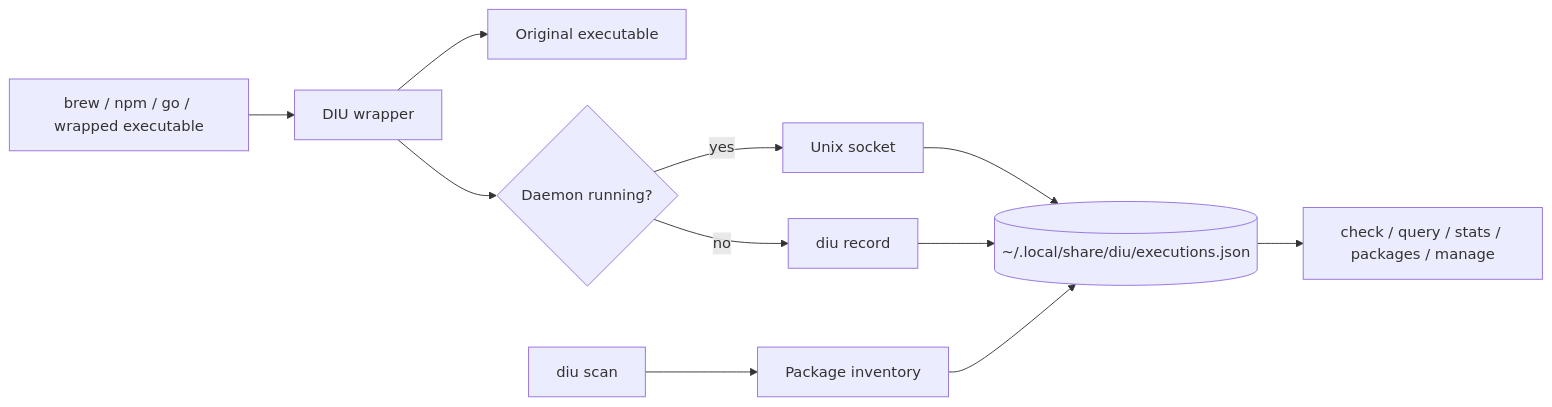
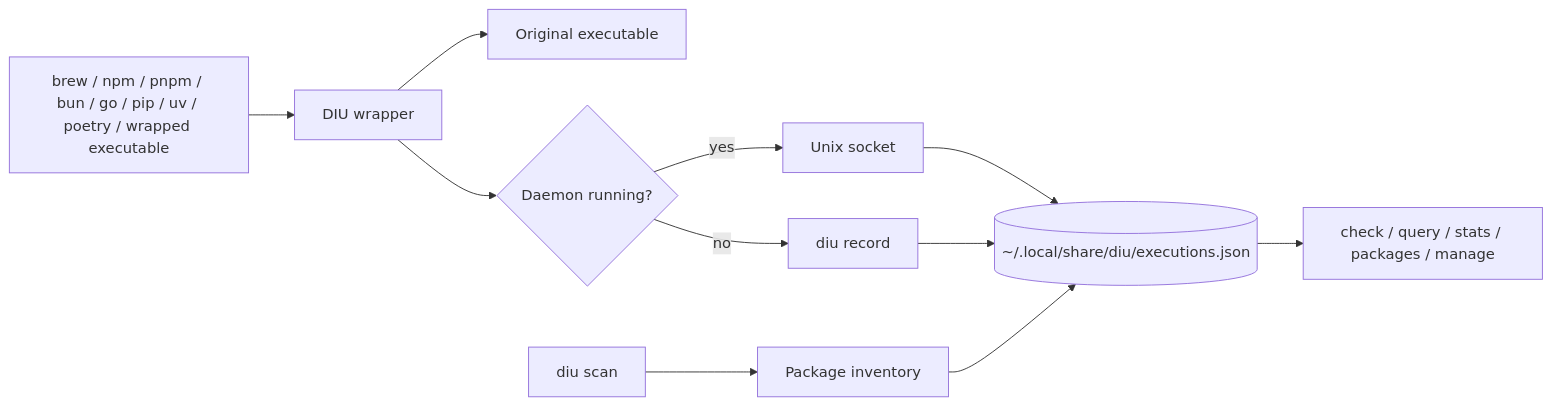
Before and after one commit to yowainwright/diu: the second of 2 diagrams in README.md, drawn with Mermaid. The commit also changed other lines of this file and 13 other files, not shown here.

````diff
--- a/README.md
+++ b/README.md
@@ -129,13 +142,13 @@
 ```mermaid
 flowchart LR
-    command["brew / npm / go / wrapped executable"] --> wrapper["DIU wrapper"]
+    command["brew / npm / pnpm / bun / go / pip / uv / poetry / wrapped executable"] --> wrapper["DIU wrapper"]
     wrapper --> original["Original executable"]
     wrapper --> daemon{"Daemon running?"}
     daemon -- yes --> socket["Unix socket"]
     daemon -- no --> record["diu record"]
     socket --> storage[("~/.local/share/diu/executions.json")]
     record --> storage
     scan["diu scan"] --> inventory["Package inventory"]
     inventory --> storage
     storage --> cli["check / query / stats / packages / manage"]
 ```
````
